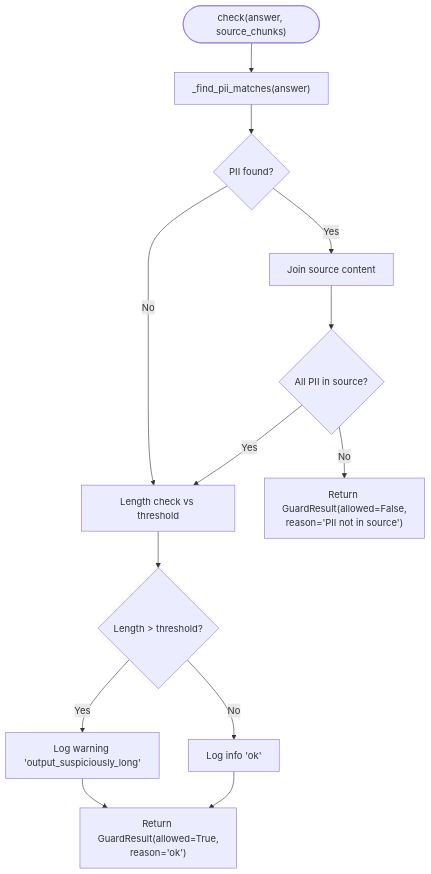
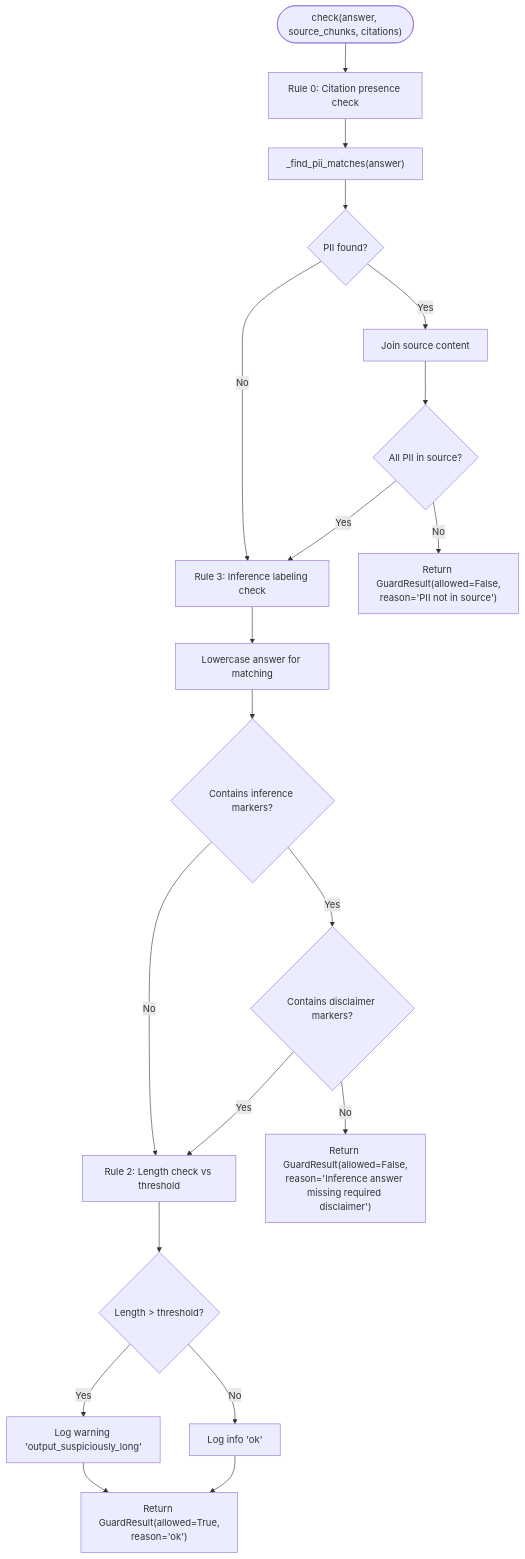
The third of 10 diagrams in .qoder/repowiki/en/content/Backend Development/Security and Middleware/Output Validation.md (genes8/private-ai), drawn with Mermaid before and after one commit. The commit also changed other lines of this file and 36 other files, not shown here.

````diff
--- a/.qoder/repowiki/en/content/Backend Development/Security and Middleware/Output Validation.md
+++ b/.qoder/repowiki/en/content/Backend Development/Security and Middleware/Output Validation.md
@@ -158,15 +172,22 @@
 ```mermaid
 flowchart TD
-Start(["check(answer, source_chunks)"]) --> FindPII["_find_pii_matches(answer)"]
+Start(["check(answer, source_chunks, citations)"]) --> Rule0["Rule 0: Citation presence check"]
+Rule0 --> FindPII["_find_pii_matches(answer)"]
 FindPII --> HasPII{"PII found?"}
-HasPII --> |No| LongCheck["Length check vs threshold"]
+HasPII --> |No| InferenceCheck["Rule 3: Inference labeling check"]
 HasPII --> |Yes| Combine["Join source content"]
 Combine --> VerifyPII{"All PII in source?"}
-VerifyPII --> |No| Block["Return GuardResult(allowed=False,<br/>reason='PII not in source')"]
-VerifyPII --> |Yes| LongCheck
+VerifyPII --> |No| BlockPII["Return GuardResult(allowed=False,<br/>reason='PII not in source')"]
+VerifyPII --> |Yes| InferenceCheck
+InferenceCheck --> Lower["Lowercase answer for matching"]
+Lower --> HasInference{"Contains inference markers?"}
+HasInference --> |No| LongCheck["Rule 2: Length check vs threshold"]
+HasInference --> |Yes| HasDisclaimer{"Contains disclaimer markers?"}
+HasDisclaimer --> |No| BlockInference["Return GuardResult(allowed=False,<br/>reason='Inference answer missing required disclaimer')"]
+HasDisclaimer --> |Yes| LongCheck
 LongCheck --> Over{"Length > threshold?"}
 Over --> |Yes| Warn["Log warning 'output_suspiciously_long'"]
 Over --> |No| Ok["Log info 'ok'"]
 Warn --> Allow["Return GuardResult(allowed=True,<br/>reason='ok')"]
 Ok --> Allow
 ```
````
